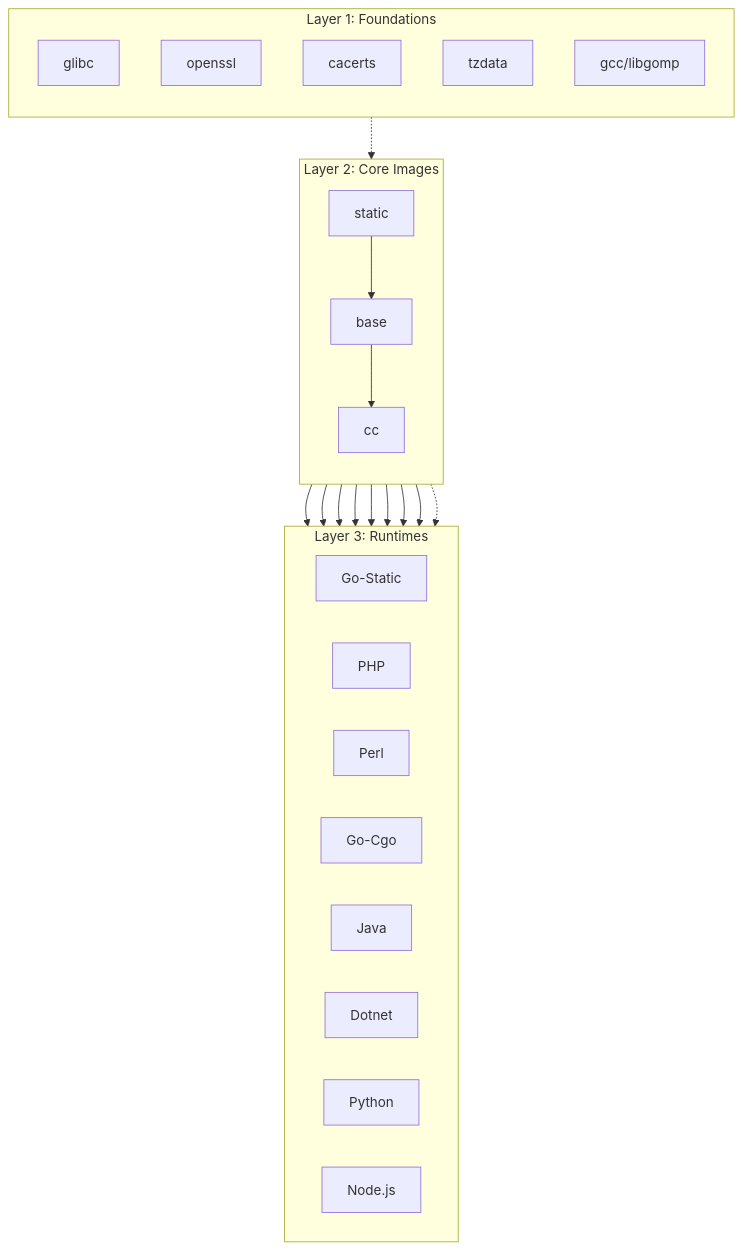
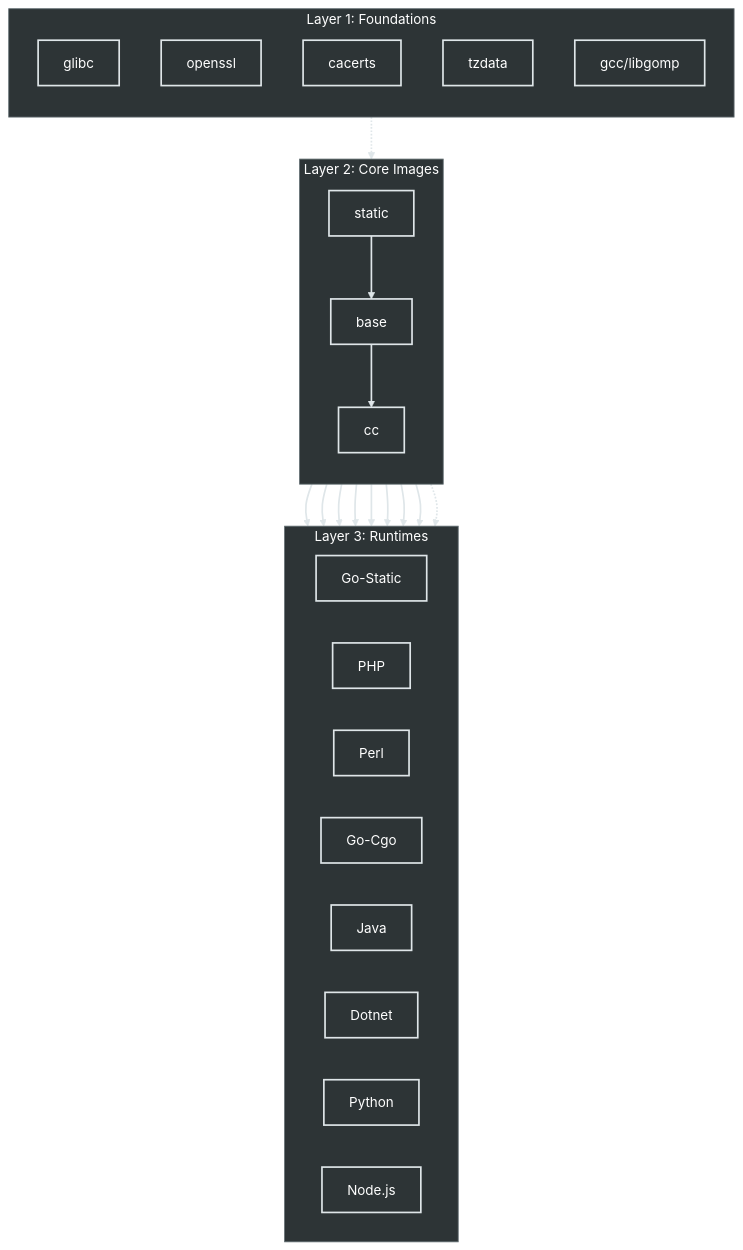
Before and after one commit to mbuccarello/distroless-the-hard-way: the diagram in docs/mermaid/hierarchy.mmd, drawn with Mermaid. The commit also changed 3 other files, not shown here.

Commit message:
docs: apply modern dark-mode compatible theme to mermaid diagrams

```diff
--- a/docs/mermaid/hierarchy.mmd
+++ b/docs/mermaid/hierarchy.mmd
@@ -1,30 +1,41 @@
 graph TD
+    %% Custom Styling
+    classDef default fill:#2d3436,stroke:#dfe6e9,stroke-width:2px,color:#fff;
+    classDef layer fill:#636e72,stroke:#b2bec3,stroke-width:2px,color:#fff,stroke-dasharray: 5 5;
+    
     subgraph L1 [Layer 1: Foundations]
         direction TB
         F1[glibc]
         F2[openssl]
         F3[cacerts]
         F4[tzdata]
         F5[gcc/libgomp]
     end
 
     subgraph L2 [Layer 2: Core Images]
         direction TB
         S[static] --> B[base]
         B --> C[cc]
     end
 
     subgraph L3 [Layer 3: Runtimes]
         direction LR
         S --> GO[Go-Static]
         B --> PHP[PHP]
         B --> PERL[Perl]
         B --> GOC[Go-Cgo]
         C --> JAVA[Java]
         C --> DOT[Dotnet]
         C --> PY[Python]
         C --> NODE[Node.js]
     end
 
     L1 -.-> L2
     L2 -.-> L3
+
+    %% Apply Styles
+    style L1 fill:#2d3436,stroke:#636e72,color:#fff
+    style L2 fill:#2d3436,stroke:#636e72,color:#fff
+    style L3 fill:#2d3436,stroke:#636e72,color:#fff
+    
+    linkStyle default stroke:#dfe6e9,stroke-width:2px;
```
